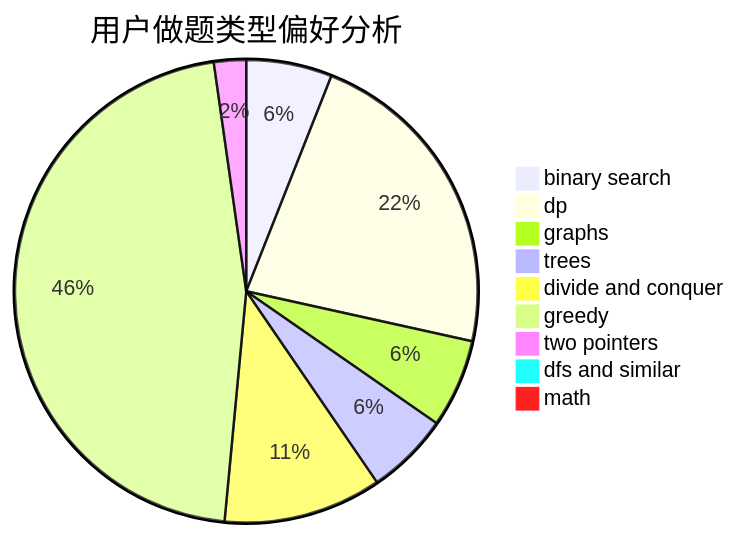
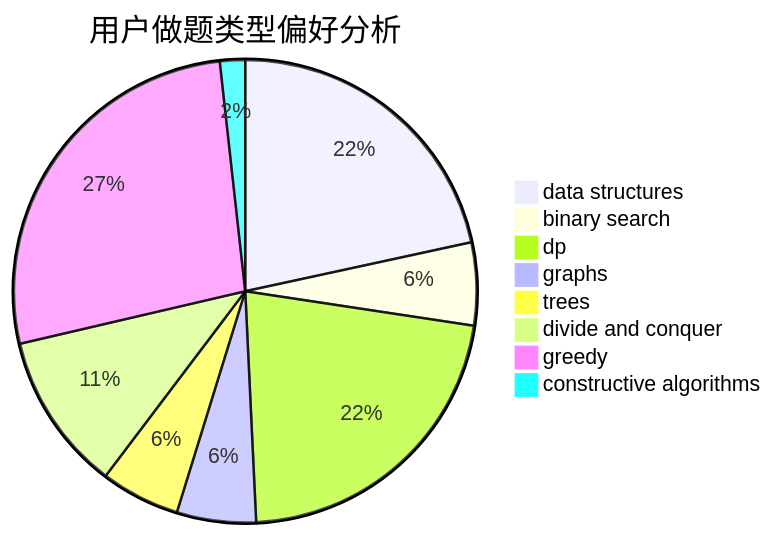
Before and after one commit to sherpahu/cfrs.github.io: the second of 3 diagrams in docs/user/u472.md, drawn with Mermaid. The commit also changed other lines of this file and 2775 other files, not shown here.

````diff
--- a/docs/user/u472.md
+++ b/docs/user/u472.md
@@ -23,12 +23,11 @@
 ```mermaid
 pie title 用户做题类型偏好分析
-    "binary search" :  32
-    "dp" :  120
-    "graphs" :  33
-    "trees" :  31
-    "divide and conquer" :  59
-    "greedy" :  247
-    "two pointers" :  12
-    "dfs and similar" :  2
-    "math" :  2
+    "data structures" :  86
+    "binary search" :  23
+    "dp" :  87
+    "graphs" :  22
+    "trees" :  22
+    "divide and conquer" :  44
+    "greedy" :  107
+    "constructive algorithms" :  7
 ```
````
